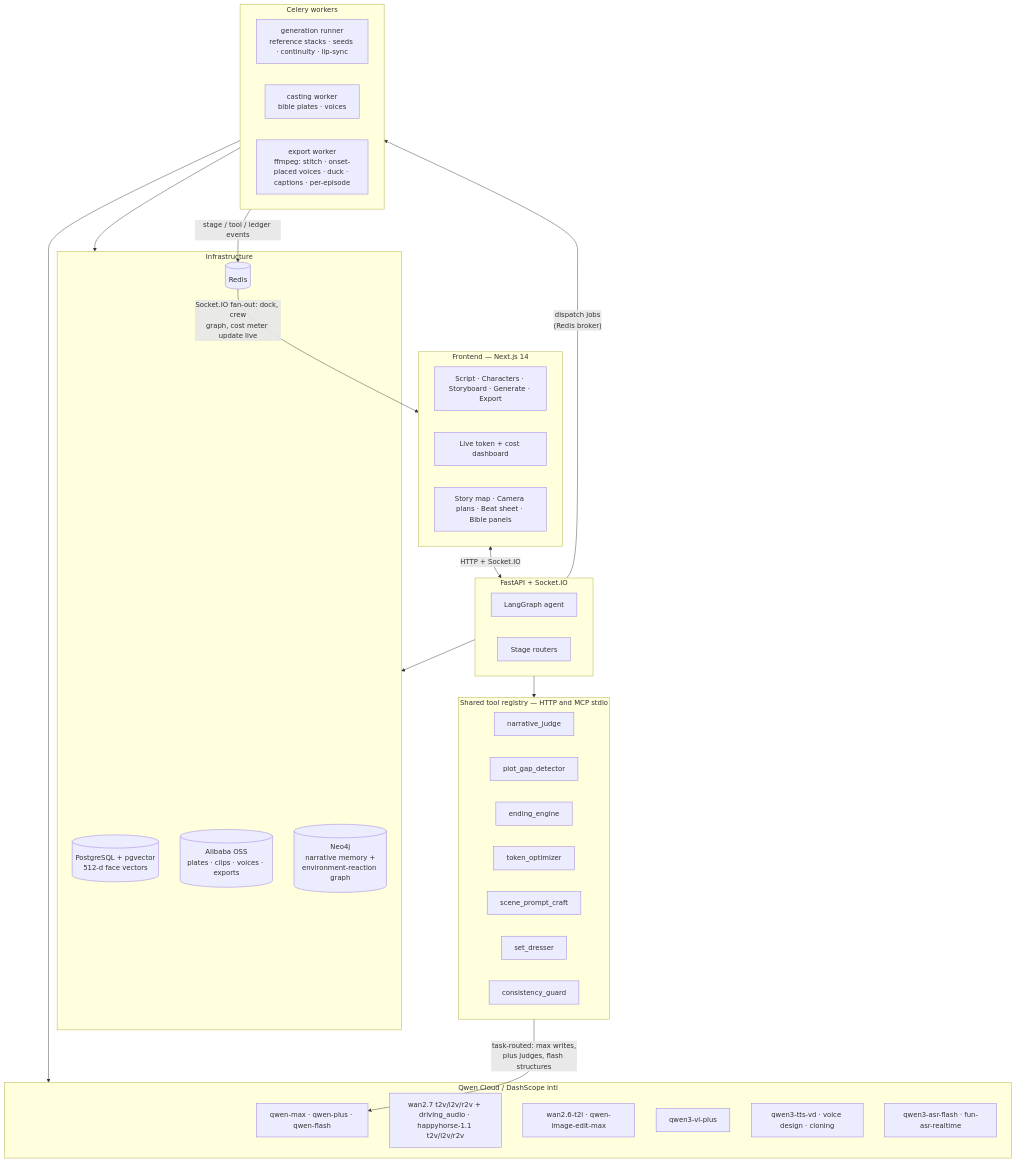
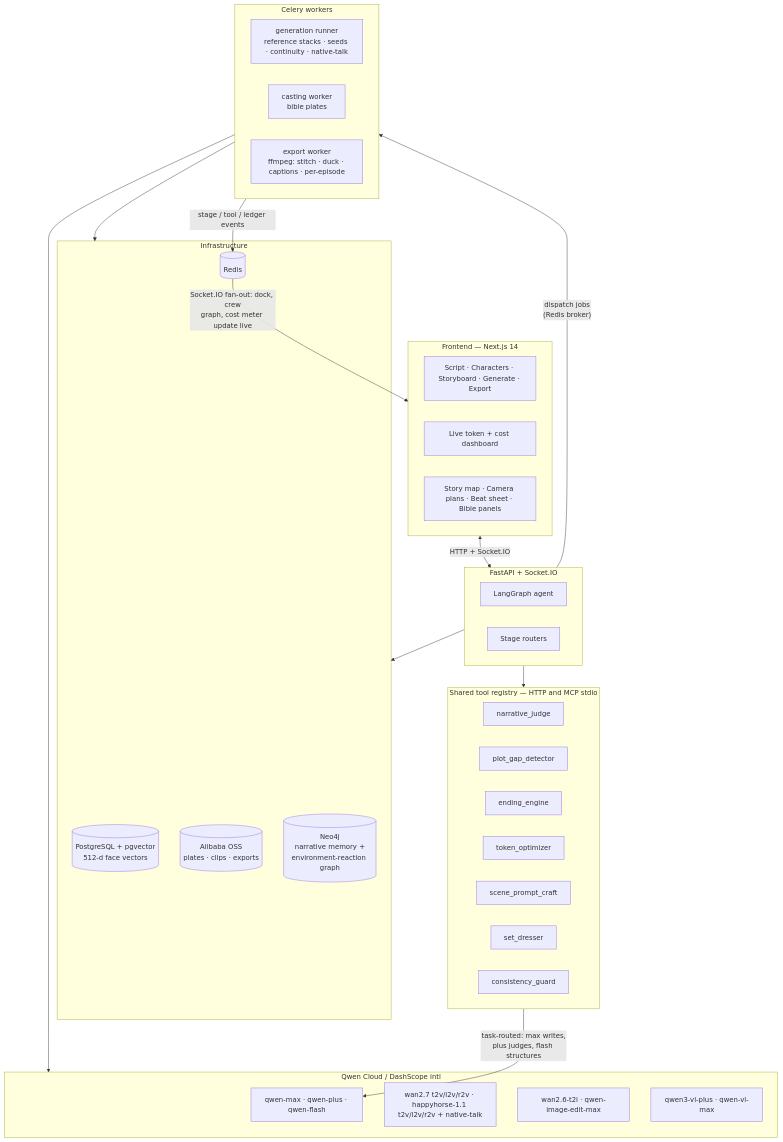
One commit to RextonRZ/Rexgent changed the second of 3 diagrams in README.md. Above: the diagram before and after it, drawn with Mermaid. The commit also changed other lines of this file, not shown here.

First line of the commit message:
docs: update README to current architecture

````diff
--- a/README.md
+++ b/README.md
@@ -178,45 +176,44 @@
 ```mermaid
 flowchart TB
     subgraph FE[Frontend — Next.js 14]
         UI[Script · Characters · Storyboard · Generate · Export]
         TD[Live token + cost dashboard]
         SM[Story map · Camera plans · Beat sheet · Bible panels]
     end
     FE <-- "HTTP + Socket.IO" --> API
 
     subgraph API[FastAPI + Socket.IO]
         AG[LangGraph agent]
         RT[Stage routers]
     end
 
     subgraph TOOLS[Shared tool registry — HTTP and MCP stdio]
         NJ[narrative_judge] & PG[plot_gap_detector] & EE[ending_engine]
         TO[token_optimizer] & SP[scene_prompt_craft] & SD[set_dresser] & CG[consistency_guard]
     end
     API --> TOOLS
 
     subgraph WK[Celery workers]
-        GEN[generation runner<br/>reference stacks · seeds · continuity · lip-sync]
-        CASTW[casting worker<br/>bible plates · voices]
-        EXP[export worker<br/>ffmpeg: stitch · onset-placed voices · duck · captions · per-episode]
+        GEN[generation runner<br/>reference stacks · seeds · continuity · native-talk]
+        CASTW[casting worker<br/>bible plates]
+        EXP[export worker<br/>ffmpeg: stitch · duck · captions · per-episode]
     end
     API -- "dispatch jobs<br/>(Redis broker)" --> WK
 
     subgraph QWEN[Qwen Cloud / DashScope intl]
         LLM[qwen-max · qwen-plus · qwen-flash]
-        VID[wan2.7 t2v/i2v/r2v + driving_audio · happyhorse-1.1 t2v/i2v/r2v]
+        VID[wan2.7 t2v/i2v/r2v · happyhorse-1.1 t2v/i2v/r2v + native-talk]
         IMG[wan2.6-t2i · qwen-image-edit-max]
-        VL[qwen3-vl-plus] & TTS[qwen3-tts-vd · voice design · cloning]
-        ASR[qwen3-asr-flash · fun-asr-realtime]
+        VL[qwen3-vl-plus · qwen-vl-max]
     end
     TOOLS -- "task-routed: max writes,<br/>plus judges, flash structures" --> LLM
     WK --> QWEN
 
     subgraph INFRA[Infrastructure]
-        PG2[(PostgreSQL + pgvector<br/>512-d face vectors)] & RD[(Redis)] & OSS[(Alibaba OSS<br/>plates · clips · voices · exports)] & N4J[(Neo4j<br/>narrative memory +<br/>environment-reaction graph)]
+        PG2[(PostgreSQL + pgvector<br/>512-d face vectors)] & RD[(Redis)] & OSS[(Alibaba OSS<br/>plates · clips · exports)] & N4J[(Neo4j<br/>narrative memory +<br/>environment-reaction graph)]
     end
     API --> INFRA
     WK --> INFRA
     WK -- "stage / tool / ledger events" --> RD
     RD -- "Socket.IO fan-out: dock, crew<br/>graph, cost meter update live" --> FE
 ```
````
